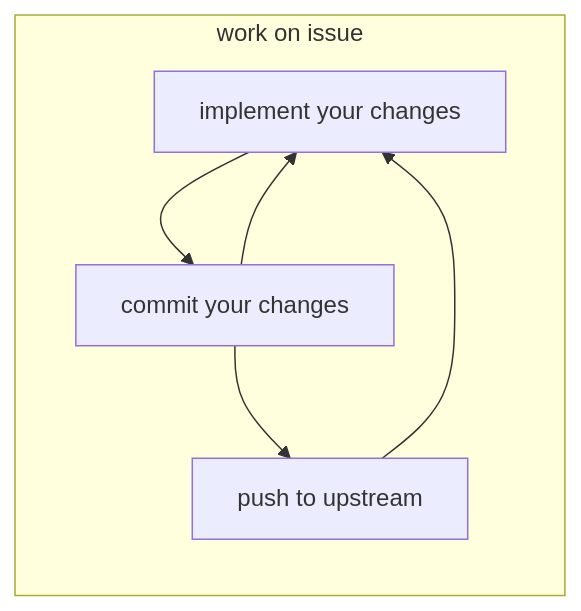
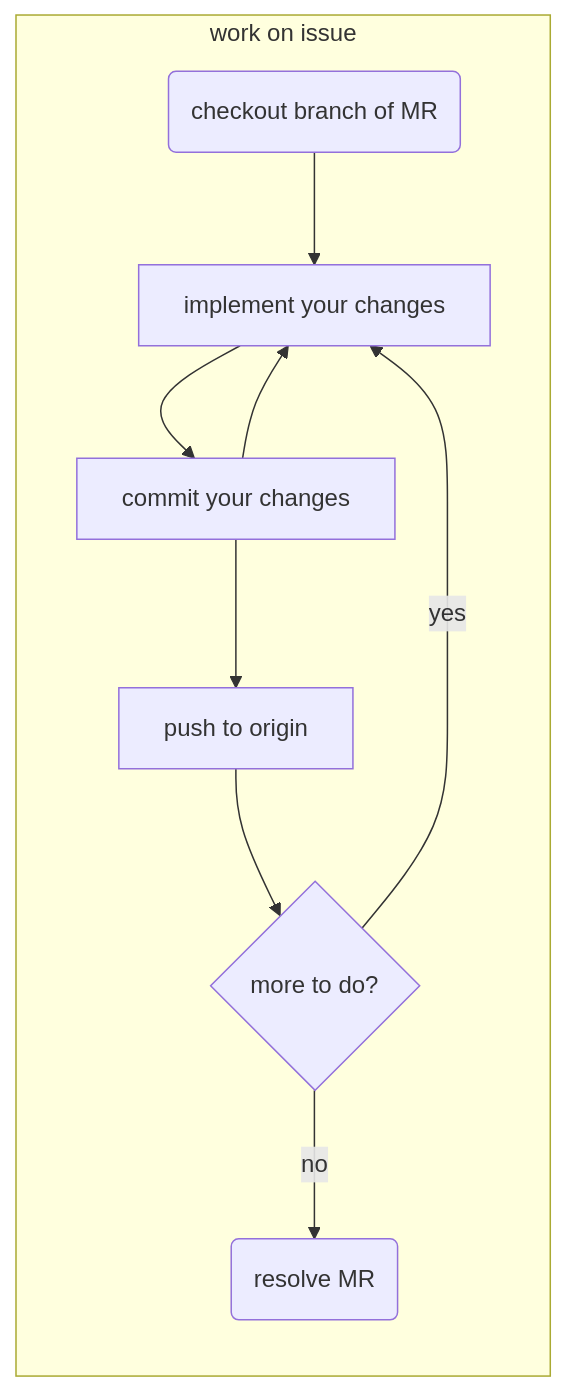
One commit to OPALX-project/OPALX-project.github.io changed the second of 3 diagrams in git-usage.md. Above: the diagram before and after it, drawn with Mermaid. The commit also changed other lines of this file, not shown here.

Commit message:
Update git usage

````diff
--- a/git-usage.md
+++ b/git-usage.md
@@ -47,9 +56,13 @@
 ```mermaid
 graph LR
   subgraph work on issue
+    git_checkout(checkout branch of MR) --> implement
     implement[implement your changes] --> git_commit
     git_commit[commit your changes] --> implement
     git_commit --> git_push
-    git_push[push to upstream] --> implement
+    git_push[push to origin] --> more_todo
+    more_todo{more to do?} -->|yes|implement
+    more_todo -->|no|resolve_mr
+    resolve_mr(resolve MR)
   end
 ```
````
